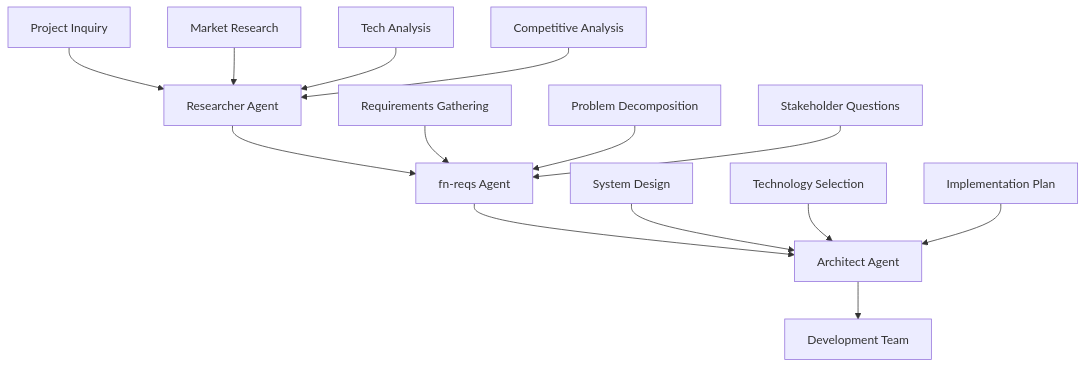
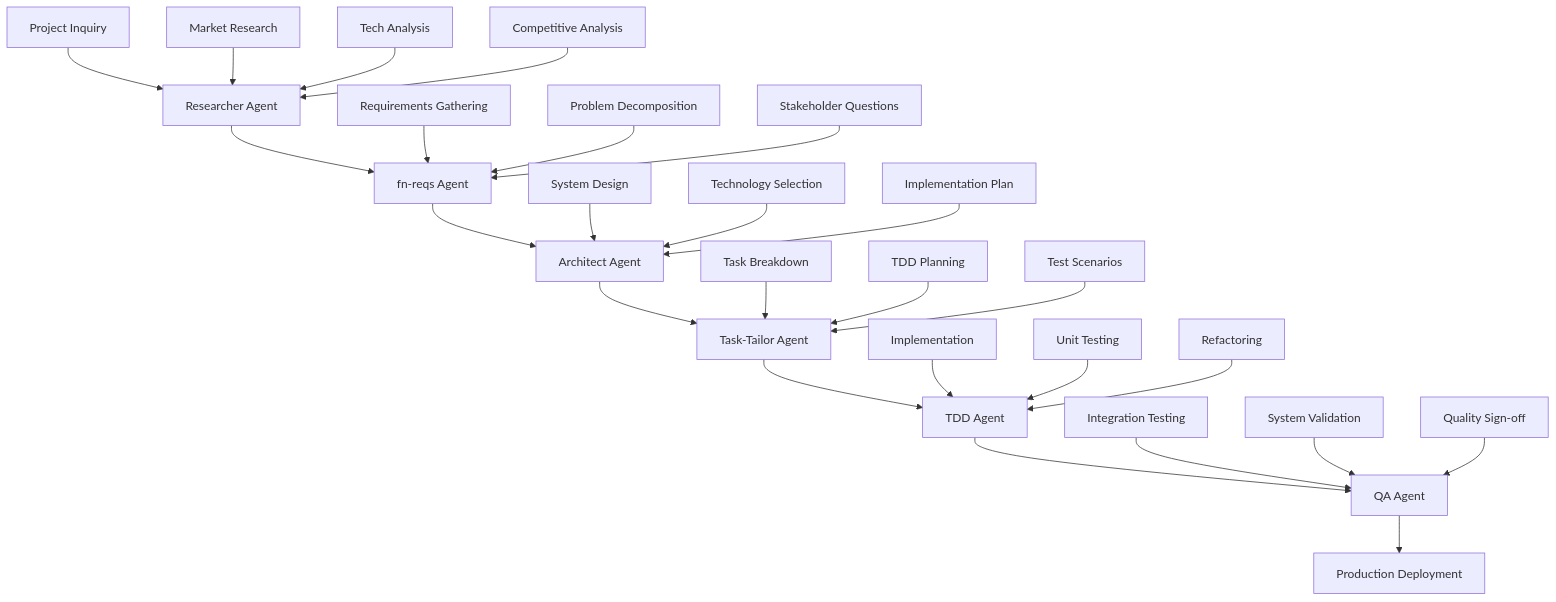
Before and after one commit to ktrysmt/dotfiles: the diagram in .claude/commands/orchestrator.md, drawn with Mermaid. The commit also changed other lines of this file and 3 other files, not shown here.

````diff
--- a/.claude/commands/orchestrator.md
+++ b/.claude/commands/orchestrator.md
@@ -24,19 +26,34 @@
 ```mermaid
 graph TD
     A[Project Inquiry] --> B[Researcher Agent]
     B --> C[fn-reqs Agent]
     C --> D[Architect Agent]
-    D --> E[Development Team]
+    D --> E[Task-Tailor Agent]
+    E --> F[TDD Agent]
+    F --> G[QA Agent]
+    G --> H[Production Deployment]
     
     B1[Market Research] --> B
     B2[Tech Analysis] --> B
     B3[Competitive Analysis] --> B
     
     C1[Requirements Gathering] --> C
     C2[Problem Decomposition] --> C
     C3[Stakeholder Questions] --> C
     
     D1[System Design] --> D
     D2[Technology Selection] --> D
     D3[Implementation Plan] --> D
+    
+    E1[Task Breakdown] --> E
+    E2[TDD Planning] --> E
+    E3[Test Scenarios] --> E
+    
+    F1[Implementation] --> F
+    F2[Unit Testing] --> F
+    F3[Refactoring] --> F
+    
+    G1[Integration Testing] --> G
+    G2[System Validation] --> G
+    G3[Quality Sign-off] --> G
 ```
````
